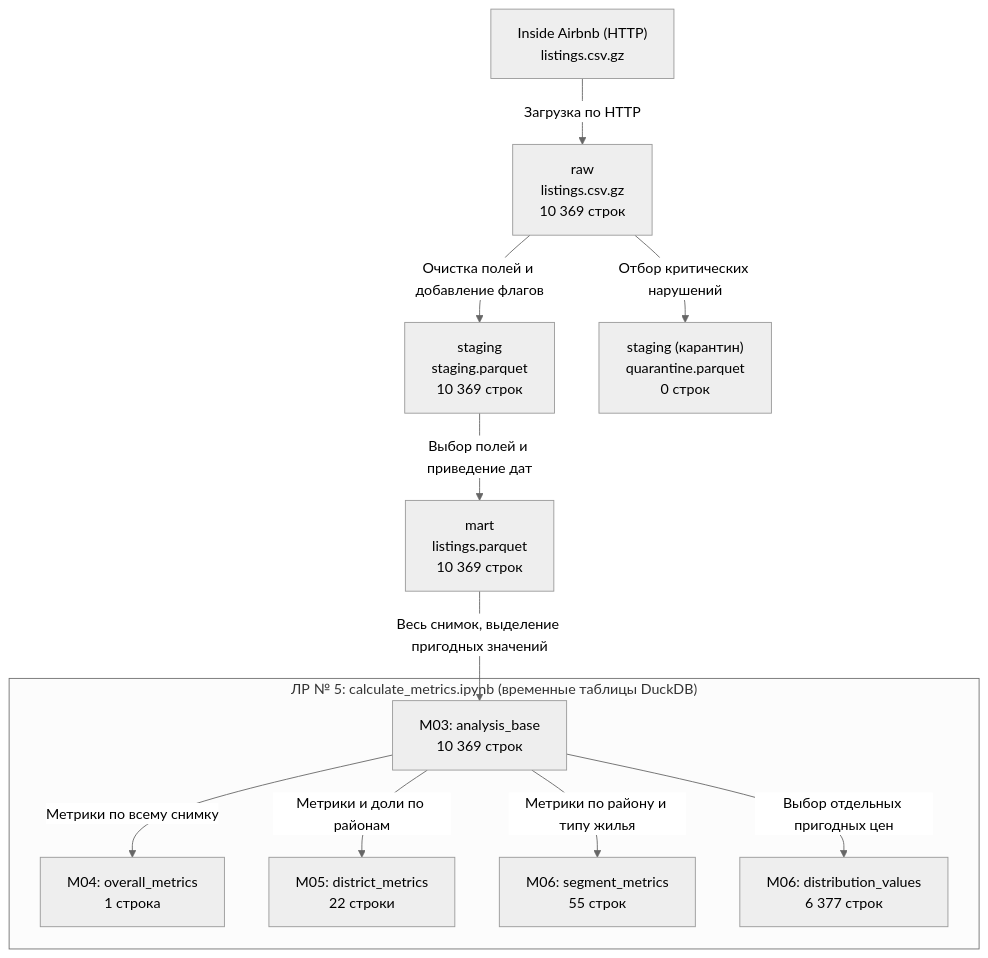
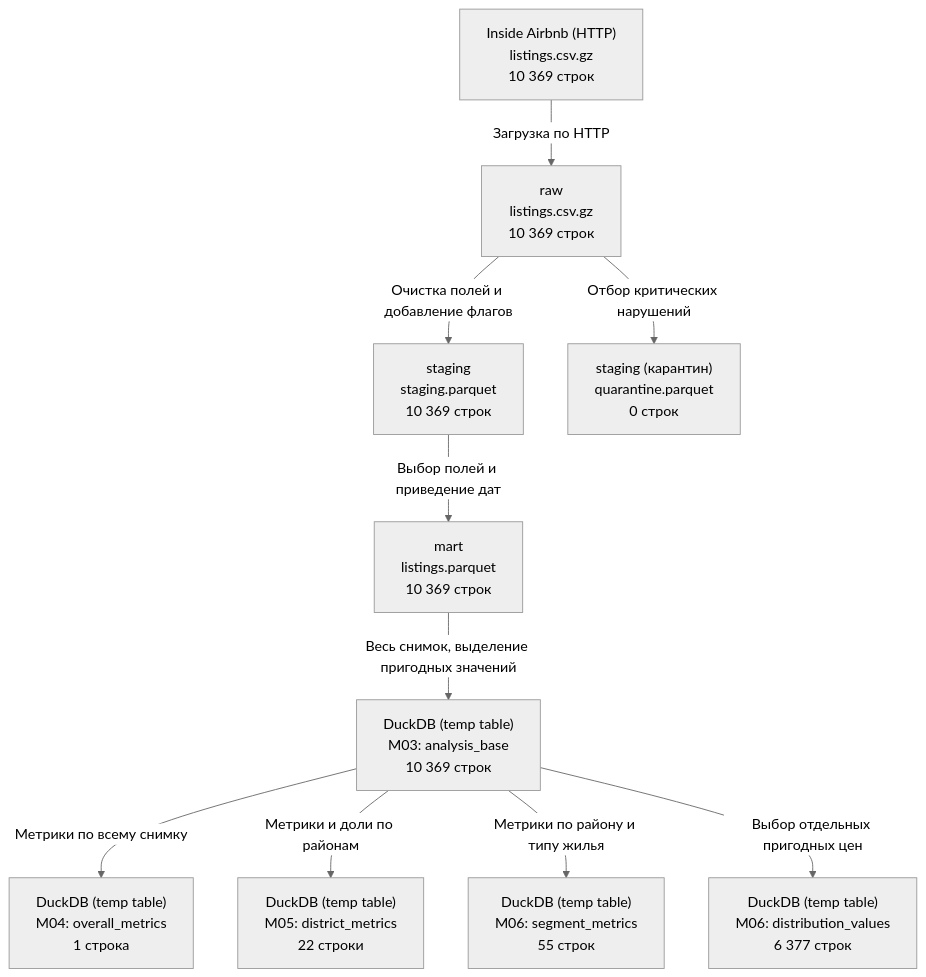
The diagram in docs/lineage.md (iammusic55555/AglushevichBukatkaPrituzhalovPIN-241), drawn with Mermaid (neutral theme) before and after one commit. The commit also changed other lines of this file, not shown here.

Commit message:
ЛР 6: оформление схемы и таблиц по образцу

````diff
--- a/docs/lineage.md
+++ b/docs/lineage.md
@@ -30,26 +31,24 @@
 ```mermaid
 flowchart TD
-    Source["Inside Airbnb (HTTP)<br/>listings.csv.gz"]
+    Source["Inside Airbnb (HTTP)<br/>listings.csv.gz<br/>10 369 строк"]
     Raw["raw<br/>listings.csv.gz<br/>10 369 строк"]
     Staging["staging<br/>staging.parquet<br/>10 369 строк"]
     Quarantine["staging (карантин)<br/>quarantine.parquet<br/>0 строк"]
     Mart["mart<br/>listings.parquet<br/>10 369 строк"]
 
-    subgraph Lab05["ЛР № 5: calculate_metrics.ipynb (временные таблицы DuckDB)"]
-        Base["M03: analysis_base<br/>10 369 строк"]
-        Overall["M04: overall_metrics<br/>1 строка"]
-        District["M05: district_metrics<br/>22 строки"]
-        Segments["M06: segment_metrics<br/>55 строк"]
-        Distribution["M06: distribution_values<br/>6 377 строк"]
-    end
+    Base["DuckDB (temp table)<br/>M03: analysis_base<br/>10 369 строк"]
+    Overall["DuckDB (temp table)<br/>M04: overall_metrics<br/>1 строка"]
+    District["DuckDB (temp table)<br/>M05: district_metrics<br/>22 строки"]
+    Segments["DuckDB (temp table)<br/>M06: segment_metrics<br/>55 строк"]
+    Distribution["DuckDB (temp table)<br/>M06: distribution_values<br/>6 377 строк"]
 
     Source -->|Загрузка по HTTP| Raw
     Raw -->|Очистка полей и добавление флагов| Staging
     Raw -->|Отбор критических нарушений| Quarantine
     Staging -->|Выбор полей и приведение дат| Mart
     Mart -->|Весь снимок, выделение пригодных значений| Base
     Base -->|Метрики по всему снимку| Overall
     Base -->|Метрики и доли по районам| District
     Base -->|Метрики по району и типу жилья| Segments
     Base -->|Выбор отдельных пригодных цен| Distribution
 ```
````
